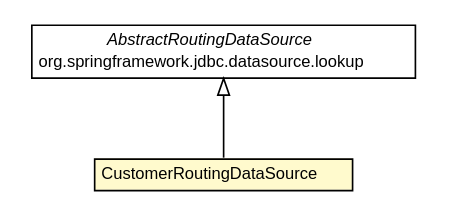
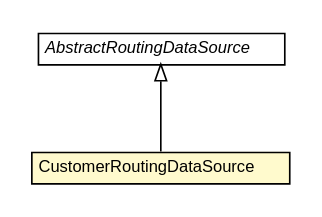
The diagram in dddlib-datasource-router/testapidocs/org/dayatang/dsrouter/datasource/examples/CustomerRoutingDataSource.dot (dayatang/dddlib), drawn with Graphviz before and after one commit. The commit also changed 269 other files, not shown here.

```diff
--- a/dddlib-datasource-router/testapidocs/org/dayatang/dsrouter/datasource/examples/CustomerRoutingDataSource.dot
+++ b/dddlib-datasource-router/testapidocs/org/dayatang/dsrouter/datasource/examples/CustomerRoutingDataSource.dot
@@ -1,27 +1,26 @@
 #!/usr/local/bin/dot
 #
 # Class diagram 
 # Generated by UMLGraph version R5_6_6-8-g8d7759 (http://www.umlgraph.org/)
 #
 
 digraph G {
 	edge [fontname="Helvetica",fontsize=10,labelfontname="Helvetica",labelfontsize=10];
 	node [fontname="Helvetica",fontsize=10,shape=plaintext];
 	nodesep=0.25;
 	ranksep=0.5;
 	// org.dayatang.dsrouter.datasource.examples.CustomerRoutingDataSource
-	c102 [label=<<table title="org.dayatang.dsrouter.datasource.examples.CustomerRoutingDataSource" border="0" cellborder="1" cellspacing="0" cellpadding="2" port="p" bgcolor="lemonChiffon" href="./CustomerRoutingDataSource.html">
+	c88 [label=<<table title="org.dayatang.dsrouter.datasource.examples.CustomerRoutingDataSource" border="0" cellborder="1" cellspacing="0" cellpadding="2" port="p" bgcolor="lemonChiffon" href="./CustomerRoutingDataSource.html">
 		<tr><td><table border="0" cellspacing="0" cellpadding="1">
 <tr><td align="center" balign="center"> CustomerRoutingDataSource </td></tr>
 		</table></td></tr>
 		</table>>, URL="./CustomerRoutingDataSource.html", fontname="Helvetica", fontcolor="black", fontsize=10.0];
 	//org.dayatang.dsrouter.datasource.examples.CustomerRoutingDataSource extends org.springframework.jdbc.datasource.lookup.AbstractRoutingDataSource
-	c113:p -> c102:p [dir=back,arrowtail=empty];
+	c95:p -> c88:p [dir=back,arrowtail=empty];
 	// org.springframework.jdbc.datasource.lookup.AbstractRoutingDataSource
-	c113 [label=<<table title="org.springframework.jdbc.datasource.lookup.AbstractRoutingDataSource" border="0" cellborder="1" cellspacing="0" cellpadding="2" port="p" href="http://java.sun.com/j2se/1.4.2/docs/api/org/springframework/jdbc/datasource/lookup/AbstractRoutingDataSource.html">
+	c95 [label=<<table title="org.springframework.jdbc.datasource.lookup.AbstractRoutingDataSource" border="0" cellborder="1" cellspacing="0" cellpadding="2" port="p">
 		<tr><td><table border="0" cellspacing="0" cellpadding="1">
 <tr><td align="center" balign="center"><font face="Helvetica-Oblique"> AbstractRoutingDataSource </font></td></tr>
-<tr><td align="center" balign="center"> org.springframework.jdbc.datasource.lookup </td></tr>
 		</table></td></tr>
-		</table>>, URL="http://java.sun.com/j2se/1.4.2/docs/api/org/springframework/jdbc/datasource/lookup/AbstractRoutingDataSource.html", fontname="Helvetica", fontcolor="black", fontsize=10.0];
+		</table>>, URL="null", fontname="Helvetica", fontcolor="black", fontsize=10.0];
 }
```
